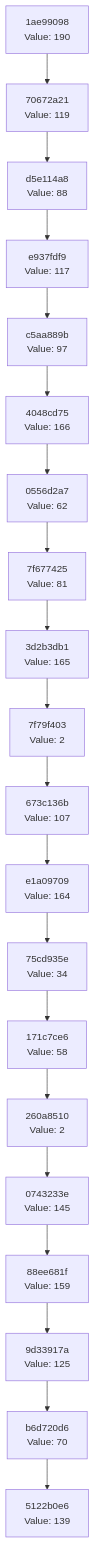
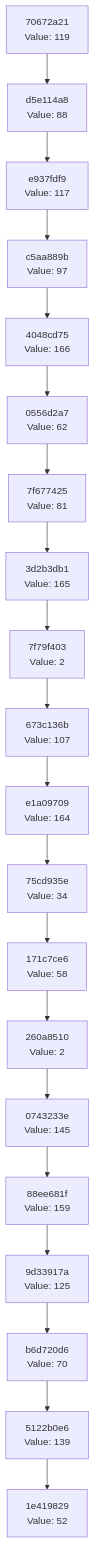
The diagram in docs/CHAIN_VISUALIZATION.md (Abhisheksinha1506/hash-chain-evolver), drawn with Mermaid before and after one commit. The commit also changed 3 other files, not shown here.

````diff
--- a/docs/CHAIN_VISUALIZATION.md
+++ b/docs/CHAIN_VISUALIZATION.md
@@ -3,42 +3,42 @@
 ```mermaid
 graph TD
-    C0["5122b0e6<br/>Value: 139"]
-    C1["b6d720d6<br/>Value: 70"]
+    C0["1e419829<br/>Value: 52"]
+    C1["5122b0e6<br/>Value: 139"]
     C1 --> C0
-    C2["9d33917a<br/>Value: 125"]
+    C2["b6d720d6<br/>Value: 70"]
     C2 --> C1
-    C3["88ee681f<br/>Value: 159"]
+    C3["9d33917a<br/>Value: 125"]
     C3 --> C2
-    C4["0743233e<br/>Value: 145"]
+    C4["88ee681f<br/>Value: 159"]
     C4 --> C3
-    C5["260a8510<br/>Value: 2"]
+    C5["0743233e<br/>Value: 145"]
     C5 --> C4
-    C6["171c7ce6<br/>Value: 58"]
+    C6["260a8510<br/>Value: 2"]
     C6 --> C5
-    C7["75cd935e<br/>Value: 34"]
+    C7["171c7ce6<br/>Value: 58"]
     C7 --> C6
-    C8["e1a09709<br/>Value: 164"]
+    C8["75cd935e<br/>Value: 34"]
     C8 --> C7
-    C9["673c136b<br/>Value: 107"]
+    C9["e1a09709<br/>Value: 164"]
     C9 --> C8
-    C10["7f79f403<br/>Value: 2"]
+    C10["673c136b<br/>Value: 107"]
     C10 --> C9
-    C11["3d2b3db1<br/>Value: 165"]
+    C11["7f79f403<br/>Value: 2"]
     C11 --> C10
-    C12["7f677425<br/>Value: 81"]
+    C12["3d2b3db1<br/>Value: 165"]
     C12 --> C11
-    C13["0556d2a7<br/>Value: 62"]
+    C13["7f677425<br/>Value: 81"]
     C13 --> C12
-    C14["4048cd75<br/>Value: 166"]
+    C14["0556d2a7<br/>Value: 62"]
     C14 --> C13
-    C15["c5aa889b<br/>Value: 97"]
+    C15["4048cd75<br/>Value: 166"]
     C15 --> C14
-    C16["e937fdf9<br/>Value: 117"]
+    C16["c5aa889b<br/>Value: 97"]
     C16 --> C15
-    C17["d5e114a8<br/>Value: 88"]
+    C17["e937fdf9<br/>Value: 117"]
     C17 --> C16
-    C18["70672a21<br/>Value: 119"]
+    C18["d5e114a8<br/>Value: 88"]
     C18 --> C17
-    C19["1ae99098<br/>Value: 190"]
+    C19["70672a21<br/>Value: 119"]
     C19 --> C18
 ```
````
